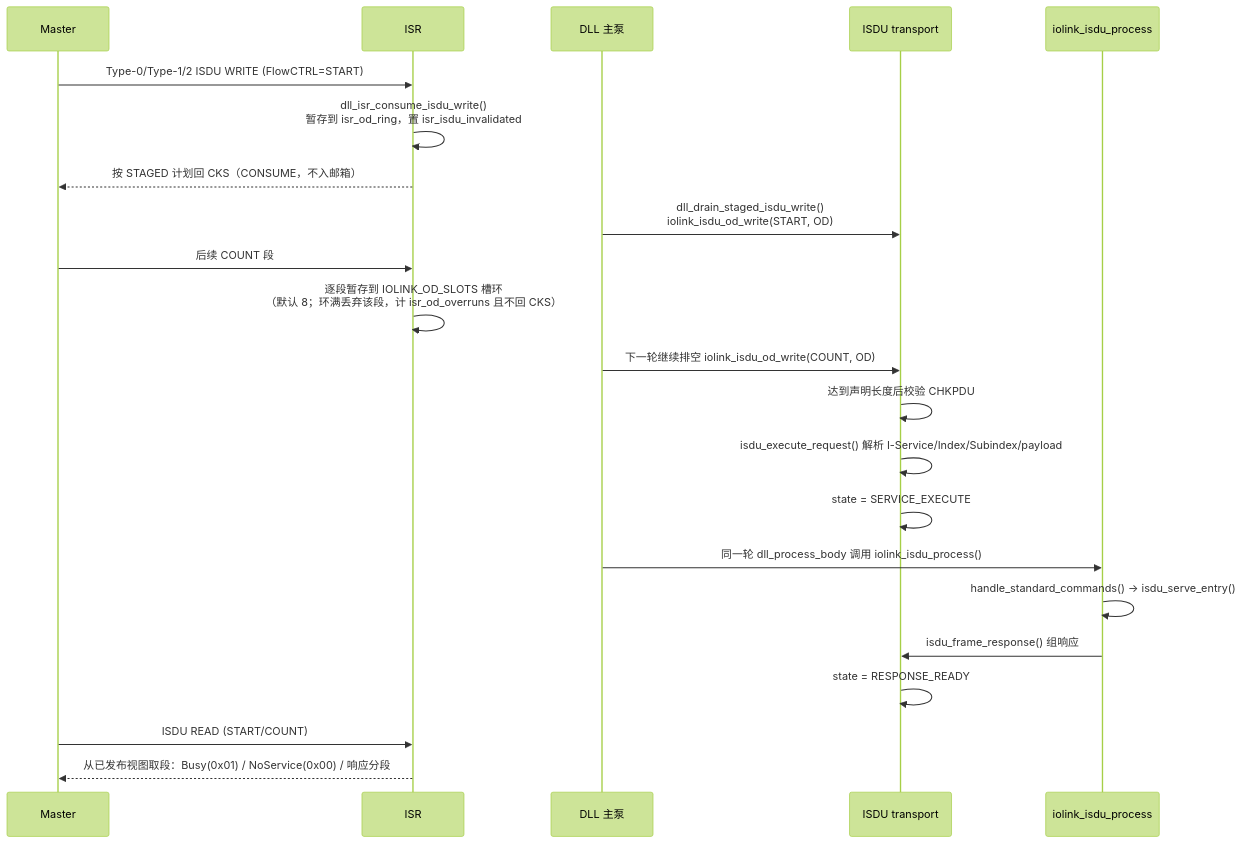
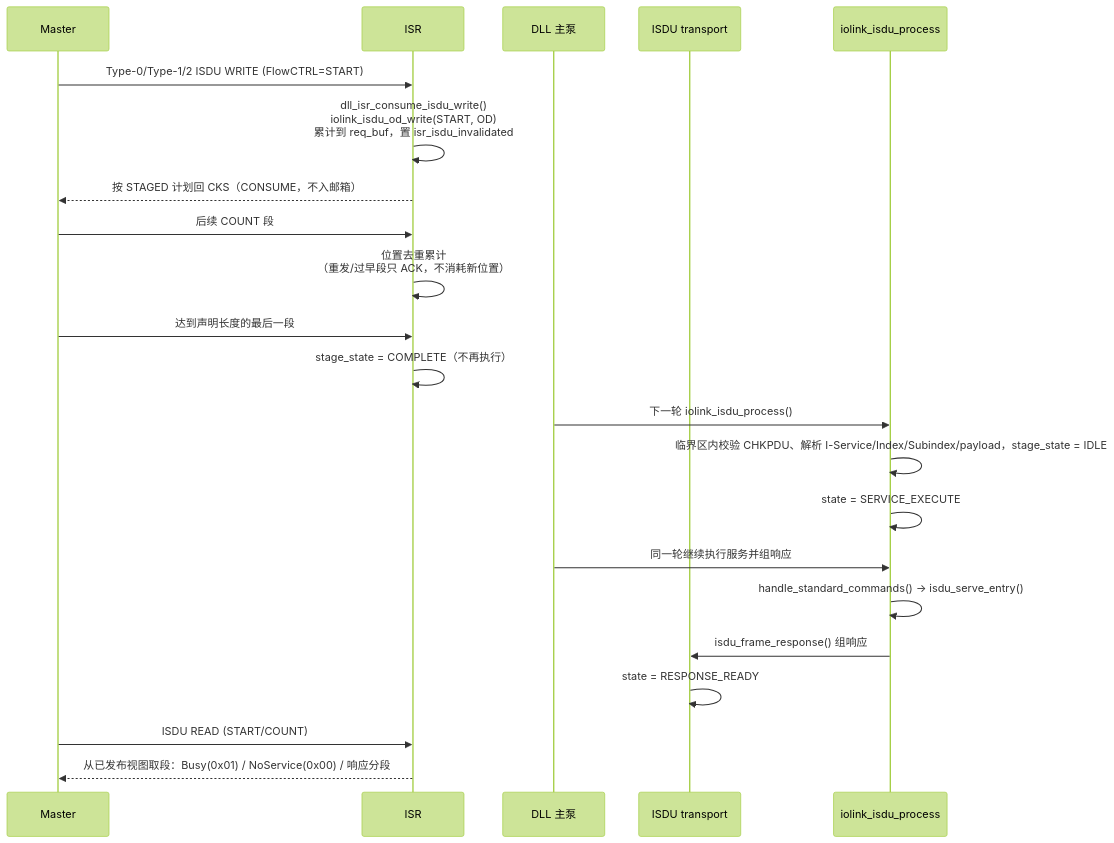
One commit to Adlyq/iolinki changed the tenth of 16 diagrams in docs/CODE_FLOW.md. Above: the diagram before and after it, drawn with Mermaid (forest theme). The commit also changed other lines of this file and 25 other files, not shown here.

First line of the commit message:
refactor(isdu)!: ingest ISDU writes in the ISR with positional de-dup

````diff
--- a/docs/CODE_FLOW.md
+++ b/docs/CODE_FLOW.md
@@ -514,25 +514,25 @@
 ```mermaid
 sequenceDiagram
     participant M as Master
     participant I as ISR
     participant D as DLL 主泵
     participant T as ISDU transport
     participant S as iolink_isdu_process
 
     M->>I: Type-0/Type-1/2 ISDU WRITE (FlowCTRL=START)
-    I->>I: dll_isr_consume_isdu_write()<br/>暂存到 isr_od_ring，置 isr_isdu_invalidated
+    I->>I: dll_isr_consume_isdu_write()<br/>iolink_isdu_od_write(START, OD)<br/>累计到 req_buf，置 isr_isdu_invalidated
     I-->>M: 按 STAGED 计划回 CKS（CONSUME，不入邮箱）
-    D->>T: dll_drain_staged_isdu_write()<br/>iolink_isdu_od_write(START, OD)
     M->>I: 后续 COUNT 段
-    I->>I: 逐段暂存到 IOLINK_OD_SLOTS 槽环<br/>（默认 8；环满丢弃该段，计 isr_od_overruns 且不回 CKS）
-    D->>T: 下一轮继续排空 iolink_isdu_od_write(COUNT, OD)
-    T->>T: 达到声明长度后校验 CHKPDU
-    T->>T: isdu_execute_request() 解析 I-Service/Index/Subindex/payload
-    T->>T: state = SERVICE_EXECUTE
-    D->>S: 同一轮 dll_process_body 调用 iolink_isdu_process()
+    I->>I: 位置去重累计<br/>（重发/过早段只 ACK，不消耗新位置）
+    M->>I: 达到声明长度的最后一段
+    I->>I: stage_state = COMPLETE（不再执行）
+    D->>S: 下一轮 iolink_isdu_process()
+    S->>S: 临界区内校验 CHKPDU、解析 I-Service/Index/Subindex/payload，stage_state = IDLE
+    S->>S: state = SERVICE_EXECUTE
+    D->>S: 同一轮继续执行服务并组响应
     S->>S: handle_standard_commands() → isdu_serve_entry()
     S->>T: isdu_frame_response() 组响应
     T->>T: state = RESPONSE_READY
     M->>I: ISDU READ (START/COUNT)
     I-->>M: 从已发布视图取段：Busy(0x01) / NoService(0x00) / 响应分段
 ```
````
